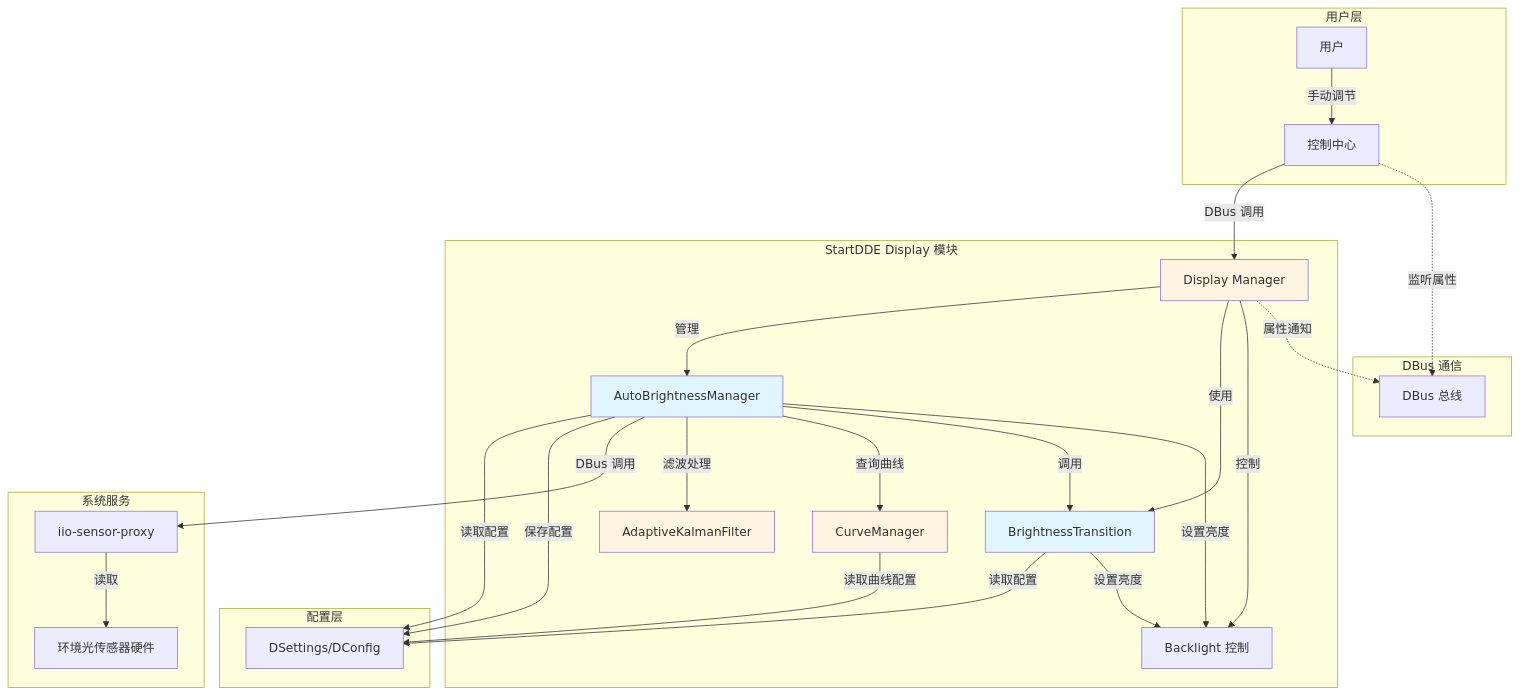
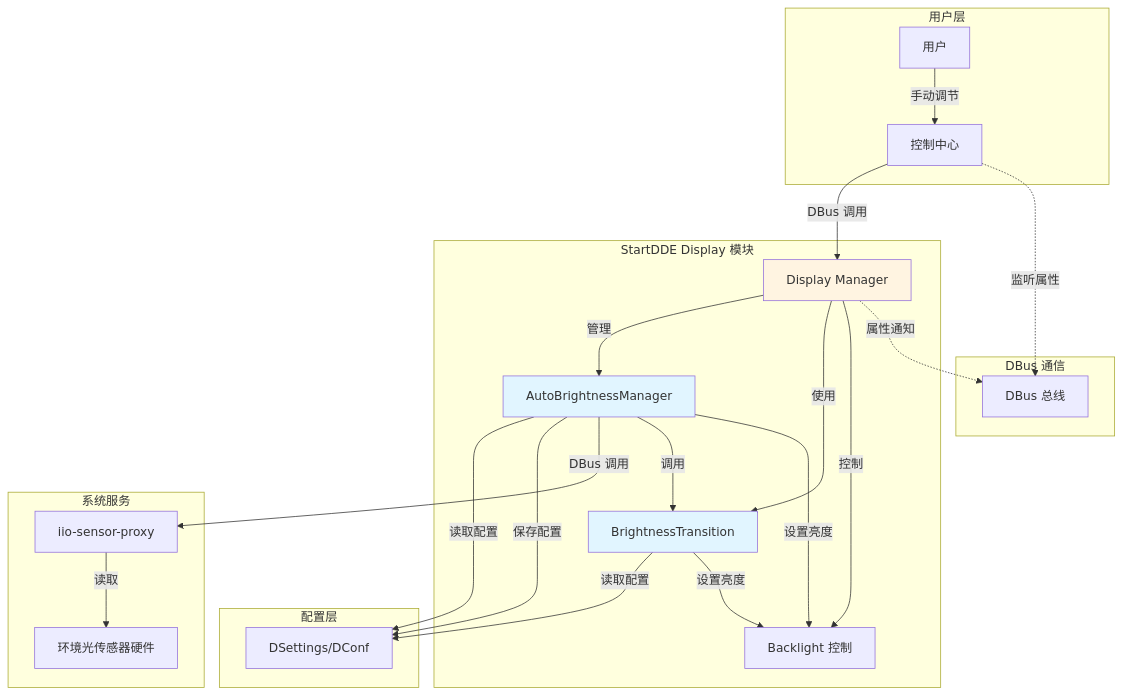
The first of 26 diagrams in docs/auto_backlight/auto_brightness_design.md (linuxdeepin/dde-daemon), drawn with Mermaid before and after one commit. The commit also changed other lines of this file and 21 other files, not shown here.

````diff
--- a/docs/auto_backlight/auto_brightness_design.md
+++ b/docs/auto_backlight/auto_brightness_design.md
@@ -67,58 +78,51 @@
 ```mermaid
 graph TB
     subgraph "用户层"
         User[用户]
         ControlCenter[控制中心]
     end
     
     subgraph "StartDDE Display 模块"
         Manager[Display Manager]
         ABM[AutoBrightnessManager]
         BT[BrightnessTransition]
-        CM[CurveManager]
-        KF[AdaptiveKalmanFilter]
         Backlight[Backlight 控制]
     end
     
     subgraph "配置层"
-        DConf[DSettings/DConfig]
+        DConf[DSettings/DConf]
     end
     
     subgraph "系统服务"
         SensorProxy[iio-sensor-proxy]
         Hardware[环境光传感器硬件]
     end
     
     subgraph "DBus 通信"
         DBus[DBus 总线]
     end
     
     User -->|手动调节| ControlCenter
     ControlCenter -->|DBus 调用| Manager
     Manager -->|管理| ABM
     Manager -->|使用| BT
     Manager -->|控制| Backlight
     
     ABM -->|读取配置| DConf
     ABM -->|保存配置| DConf
     BT -->|读取配置| DConf
-    CM -->|读取曲线配置| DConf
     
     ABM -->|DBus 调用| SensorProxy
     SensorProxy -->|读取| Hardware
     
-    ABM -->|滤波处理| KF
-    ABM -->|查询曲线| CM
     ABM -->|调用| BT
     BT -->|设置亮度| Backlight
     ABM -->|设置亮度| Backlight
     
     Manager -.->|属性通知| DBus
     ControlCenter -.->|监听属性| DBus
     
     style ABM fill:#e1f5ff
     style BT fill:#e1f5ff
-    style KF fill:#fff4e1
-    style CM fill:#fff4e1
     style Manager fill:#fff4e1
 ```
````
